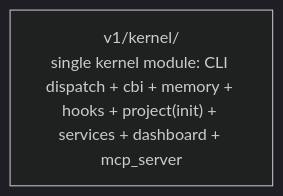
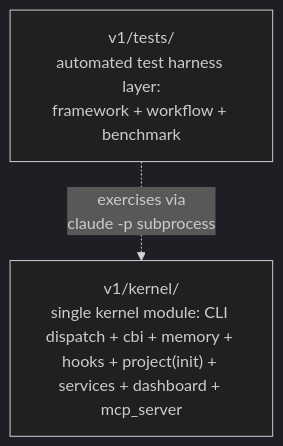
Before and after one commit to nan023062/agent-team-cc: the diagram in .dna/module.md, drawn with Mermaid (dark theme). The commit also changed other lines of this file and 5 other files, not shown here.

````diff
--- a/.dna/module.md
+++ b/.dna/module.md
@@ -15,4 +15,7 @@
 ```mermaid
 graph TD
     kernel["v1/kernel/<br/>single kernel module: CLI dispatch + cbi + memory + hooks + project(init) + services + dashboard + mcp_server"]
+    tests["v1/tests/<br/>automated test harness layer:<br/>framework + workflow + benchmark"]
+
+    tests -.->|exercises via<br/>claude -p subprocess| kernel
 ```
````
